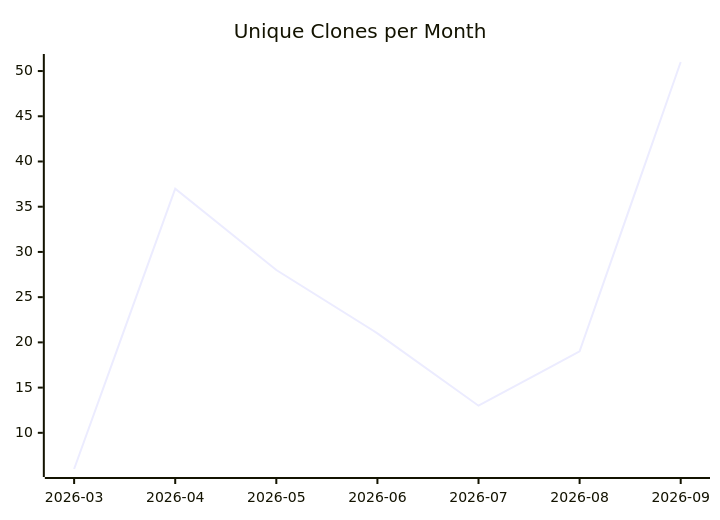
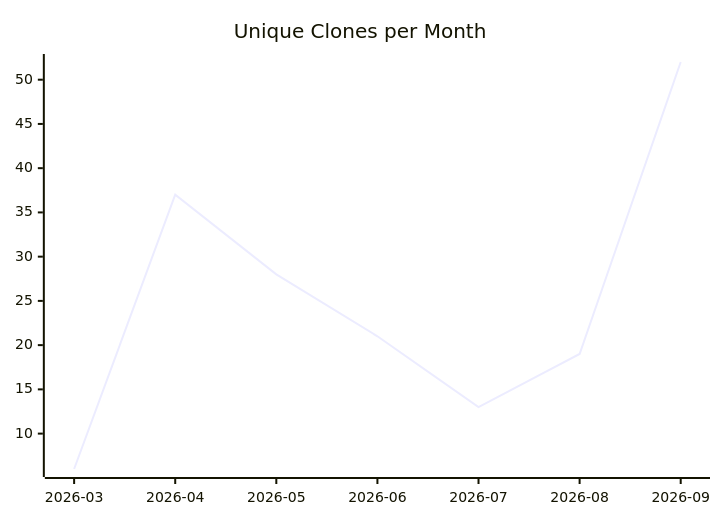
One commit to justdavis-family/github-analytics-data changed the third of 3 diagrams in karlmdavis/ansible-role-jenkins2/README.md. Above: the diagram before and after it, drawn with Mermaid. The commit also changed other lines of this file and 202 other files, not shown here.

````diff
--- a/karlmdavis/ansible-role-jenkins2/README.md
+++ b/karlmdavis/ansible-role-jenkins2/README.md
@@ -19,6 +19,6 @@
 ```mermaid
 xychart-beta
   title "Unique Clones per Month"
   x-axis ["2026-03", "2026-04", "2026-05", "2026-06", "2026-07", "2026-08", "2026-09"]
-  line [6, 37, 28, 21, 13, 19, 51]
+  line [6, 37, 28, 21, 13, 19, 52]
 ```
````
